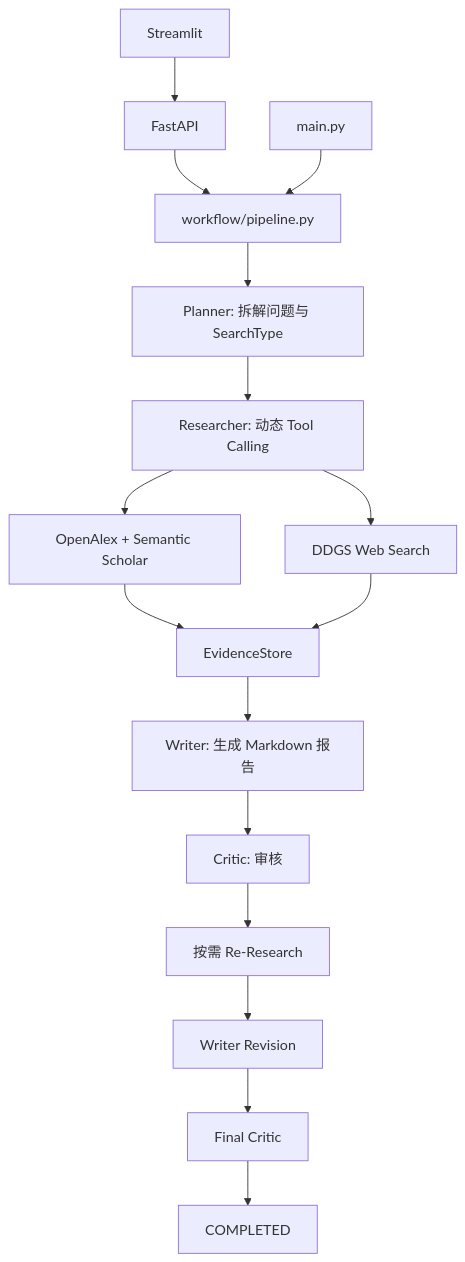
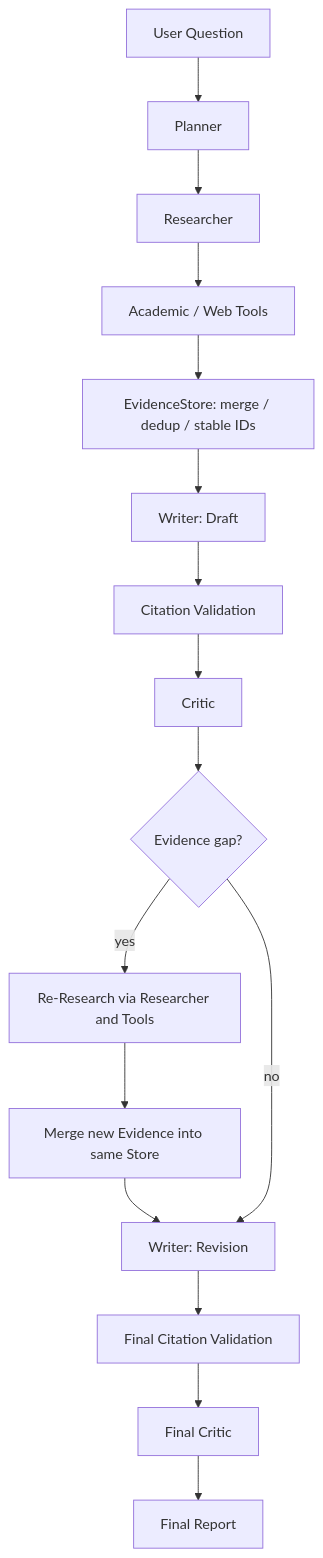
Before and after one commit to jiangzijie88-ops/DeepResearch-Agent: the diagram in README.md, drawn with Mermaid. The commit also changed other lines of this file and 33 other files, not shown here.

````diff
--- a/README.md
+++ b/README.md
@@ -32,18 +20,18 @@
-``` mermaid
+```mermaid
 flowchart TD
-    Web[Streamlit] --> API[FastAPI]
-    API --> Pipeline[workflow/pipeline.py]
-    CLI[main.py] --> Pipeline
-    Pipeline --> Planner[Planner: 拆解问题与 SearchType]
-    Planner --> Researcher[Researcher: 动态 Tool Calling]
-    Researcher --> Academic[OpenAlex + Semantic Scholar]
-    Researcher --> Search[DDGS Web Search]
-    Academic --> Evidence[EvidenceStore]
-    Search --> Evidence
-    Evidence --> Writer[Writer: 生成 Markdown 报告]
-    Writer --> Critic[Critic: 审核]
-    Critic --> Reresearch[按需 Re-Research]
-    Reresearch --> Revision[Writer Revision]
-    Revision --> FinalCritic[Final Critic]
-    FinalCritic --> Result[COMPLETED]
+    U[User Question] --> P[Planner]
+    P --> R[Researcher]
+    R --> T[Academic / Web Tools]
+    T --> E[EvidenceStore: merge / dedup / stable IDs]
+    E --> W[Writer: Draft]
+    W --> V[Citation Validation]
+    V --> C[Critic]
+    C --> G{Evidence gap?}
+    G -->|yes| RR[Re-Research via Researcher and Tools]
+    RR --> NE[Merge new Evidence into same Store]
+    NE --> RV[Writer: Revision]
+    G -->|no| RV
+    RV --> FV[Final Citation Validation]
+    FV --> FC[Final Critic]
+    FC --> F[Final Report]
 ```
````
